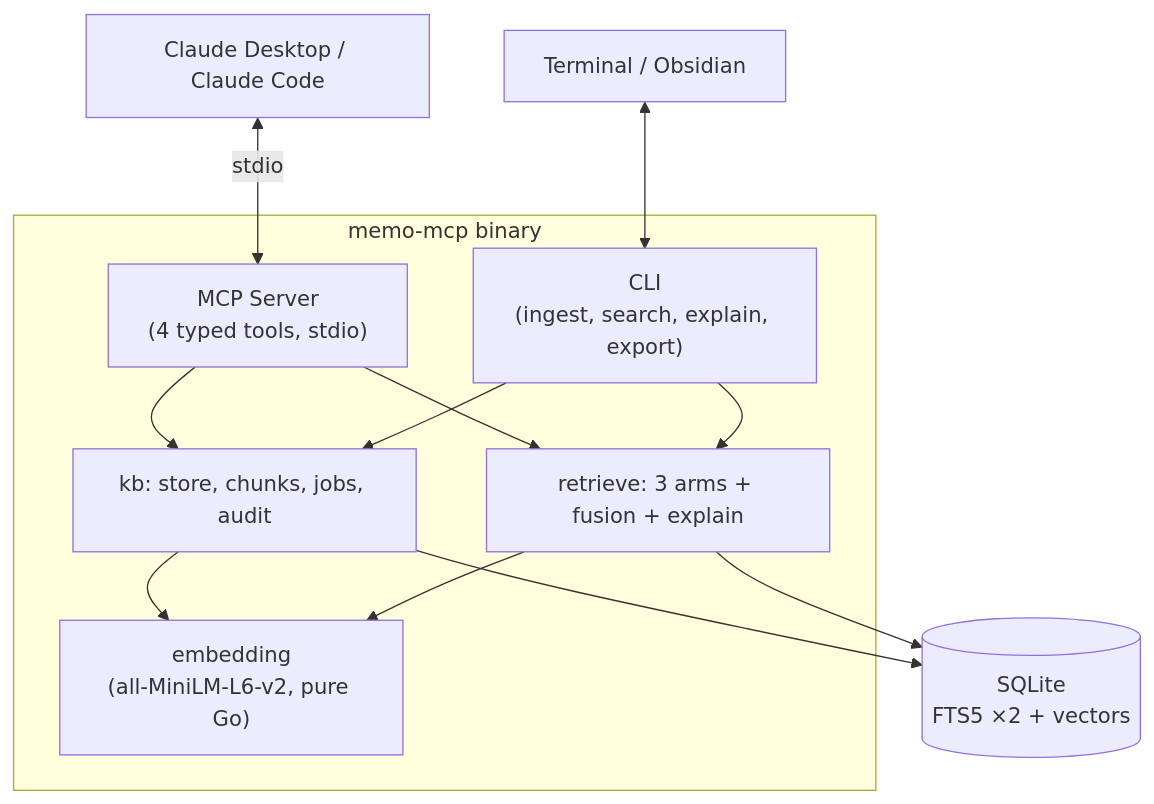
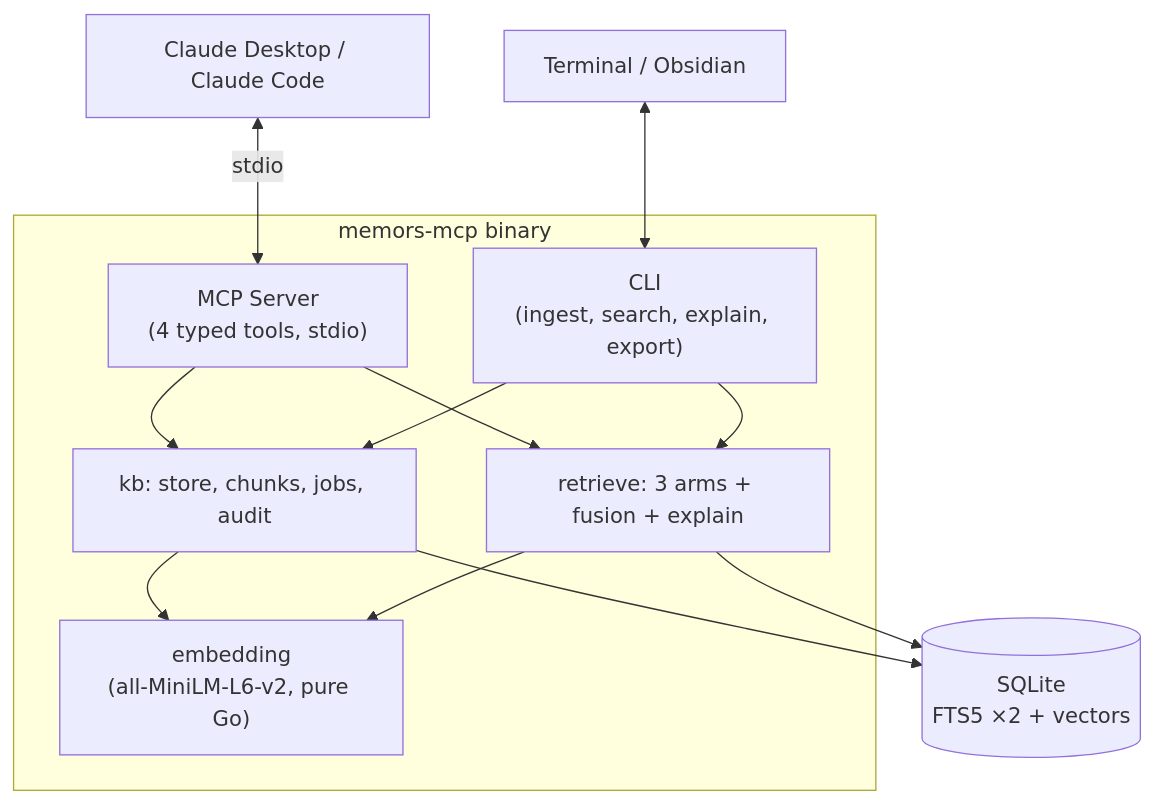
One commit to kKEo/memory-find changed the third of 6 diagrams in slides.md. Above: the diagram before and after it, drawn with Mermaid. The commit also changed other lines of this file and 216 other files, not shown here.

````diff
--- a/slides.md
+++ b/slides.md
@@ -196,24 +196,24 @@
 ```mermaid
 flowchart TB
     Agent["Claude Desktop / Claude Code"]
     Human["Terminal / Obsidian"]
-    subgraph Server["memo-mcp binary"]
+    subgraph Server["memors-mcp binary"]
         MCP["MCP Server<br/>(4 typed tools, stdio)"]
         CLI["CLI<br/>(ingest, search, explain, export)"]
         KB["kb: store, chunks, jobs, audit"]
         R["retrieve: 3 arms + fusion + explain"]
         E["embedding<br/>(all-MiniLM-L6-v2, pure Go)"]
     end
     DB[("SQLite<br/>FTS5 ×2 + vectors")]
 
     Agent <-->|stdio| MCP
     Human <--> CLI
     MCP --> KB
     MCP --> R
     CLI --> KB
     CLI --> R
     KB --> E
     R --> E
     KB --> DB
     R --> DB
 ```
````
